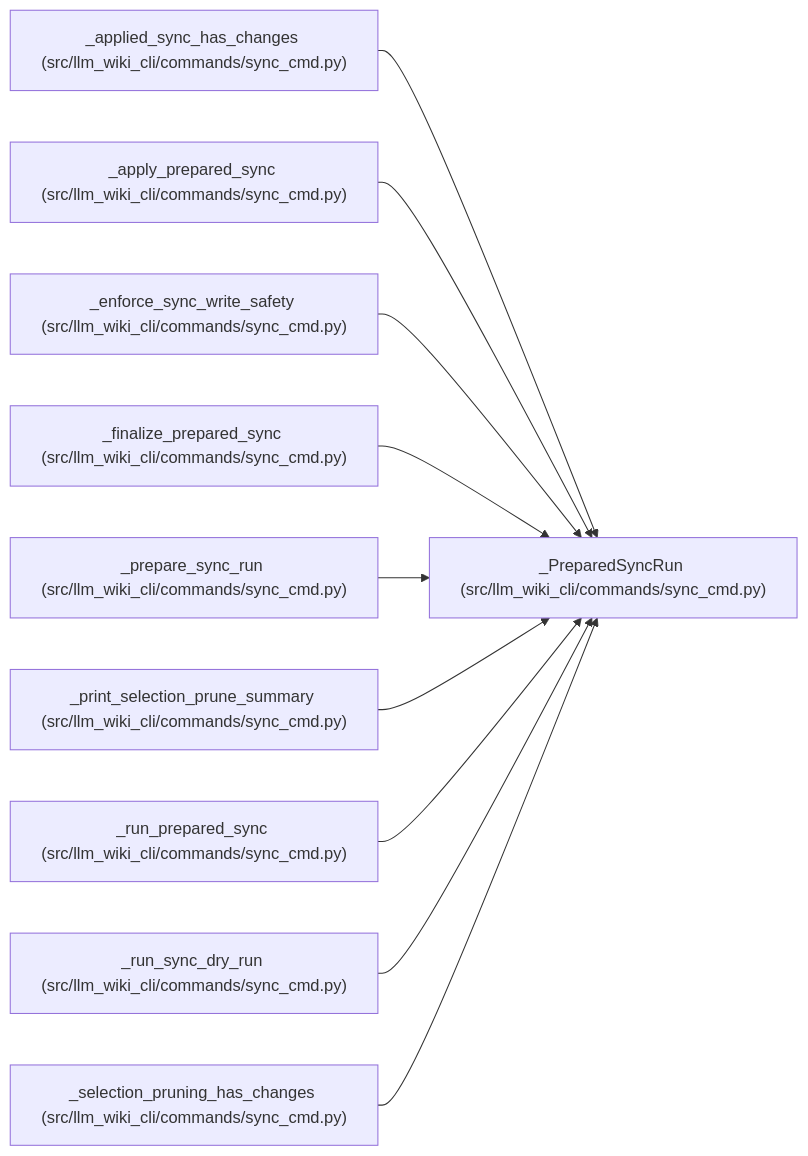
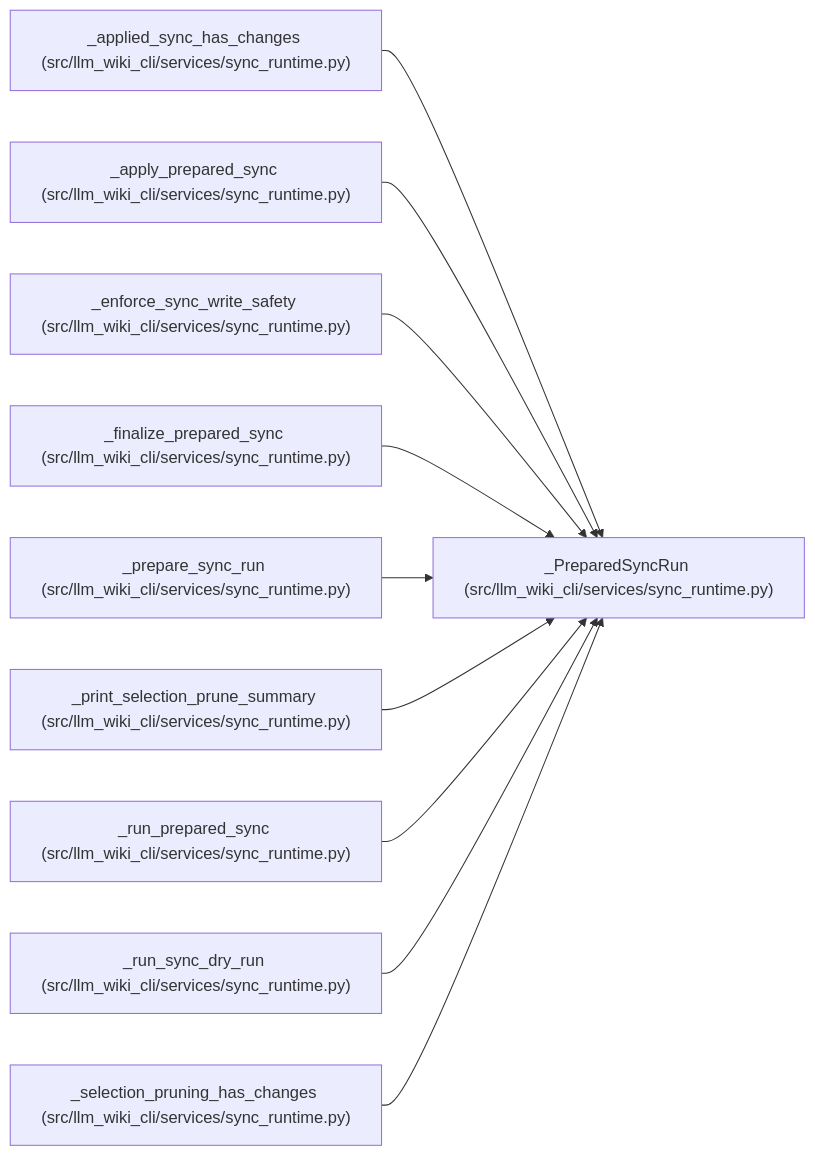
Before and after one commit to Denissvgn/python-wiki-llm: the diagram in docs/llm_wiki/entities/PreparedSyncRun.md, drawn with Mermaid. The commit also changed other lines of this file and 1555 other files, not shown here.

````diff
--- a/docs/llm_wiki/entities/PreparedSyncRun.md
+++ b/docs/llm_wiki/entities/PreparedSyncRun.md
@@ -77,32 +77,32 @@
 ```mermaid
 flowchart LR
-    n0["_PreparedSyncRun (src/llm_wiki_cli/commands/sync_cmd.py)"]
-    n1["_applied_sync_has_changes (src/llm_wiki_cli/commands/sync_cmd.py)"]
-    n2["_apply_prepared_sync (src/llm_wiki_cli/commands/sync_cmd.py)"]
-    n3["_enforce_sync_write_safety (src/llm_wiki_cli/commands/sync_cmd.py)"]
-    n4["_finalize_prepared_sync (src/llm_wiki_cli/commands/sync_cmd.py)"]
-    n5["_prepare_sync_run (src/llm_wiki_cli/commands/sync_cmd.py)"]
-    n6["_print_selection_prune_summary (src/llm_wiki_cli/commands/sync_cmd.py)"]
-    n7["_run_prepared_sync (src/llm_wiki_cli/commands/sync_cmd.py)"]
-    n8["_run_sync_dry_run (src/llm_wiki_cli/commands/sync_cmd.py)"]
-    n9["_selection_pruning_has_changes (src/llm_wiki_cli/commands/sync_cmd.py)"]
+    n0["_PreparedSyncRun (src/llm_wiki_cli/services/sync_runtime.py)"]
+    n1["_applied_sync_has_changes (src/llm_wiki_cli/services/sync_runtime.py)"]
+    n2["_apply_prepared_sync (src/llm_wiki_cli/services/sync_runtime.py)"]
+    n3["_enforce_sync_write_safety (src/llm_wiki_cli/services/sync_runtime.py)"]
+    n4["_finalize_prepared_sync (src/llm_wiki_cli/services/sync_runtime.py)"]
+    n5["_prepare_sync_run (src/llm_wiki_cli/services/sync_runtime.py)"]
+    n6["_print_selection_prune_summary (src/llm_wiki_cli/services/sync_runtime.py)"]
+    n7["_run_prepared_sync (src/llm_wiki_cli/services/sync_runtime.py)"]
+    n8["_run_sync_dry_run (src/llm_wiki_cli/services/sync_runtime.py)"]
+    n9["_selection_pruning_has_changes (src/llm_wiki_cli/services/sync_runtime.py)"]
     n1 --> n0
     n2 --> n0
     n3 --> n0
     n4 --> n0
     n5 --> n0
     n6 --> n0
     n7 --> n0
     n8 --> n0
     n9 --> n0
-    click n0 "../modules/sync_cmd.md"
-    click n1 "../modules/sync_cmd.md"
-    click n2 "../modules/sync_cmd.md"
-    click n3 "../modules/sync_cmd.md"
-    click n4 "../modules/sync_cmd.md"
-    click n5 "../modules/sync_cmd.md"
-    click n6 "../modules/sync_cmd.md"
-    click n7 "../modules/sync_cmd.md"
-    click n8 "../modules/sync_cmd.md"
-    click n9 "../modules/sync_cmd.md"
+    click n0 "../modules/sync_runtime.md"
+    click n1 "../modules/sync_runtime.md"
+    click n2 "../modules/sync_runtime.md"
+    click n3 "../modules/sync_runtime.md"
+    click n4 "../modules/sync_runtime.md"
+    click n5 "../modules/sync_runtime.md"
+    click n6 "../modules/sync_runtime.md"
+    click n7 "../modules/sync_runtime.md"
+    click n8 "../modules/sync_runtime.md"
+    click n9 "../modules/sync_runtime.md"
 ```
````
